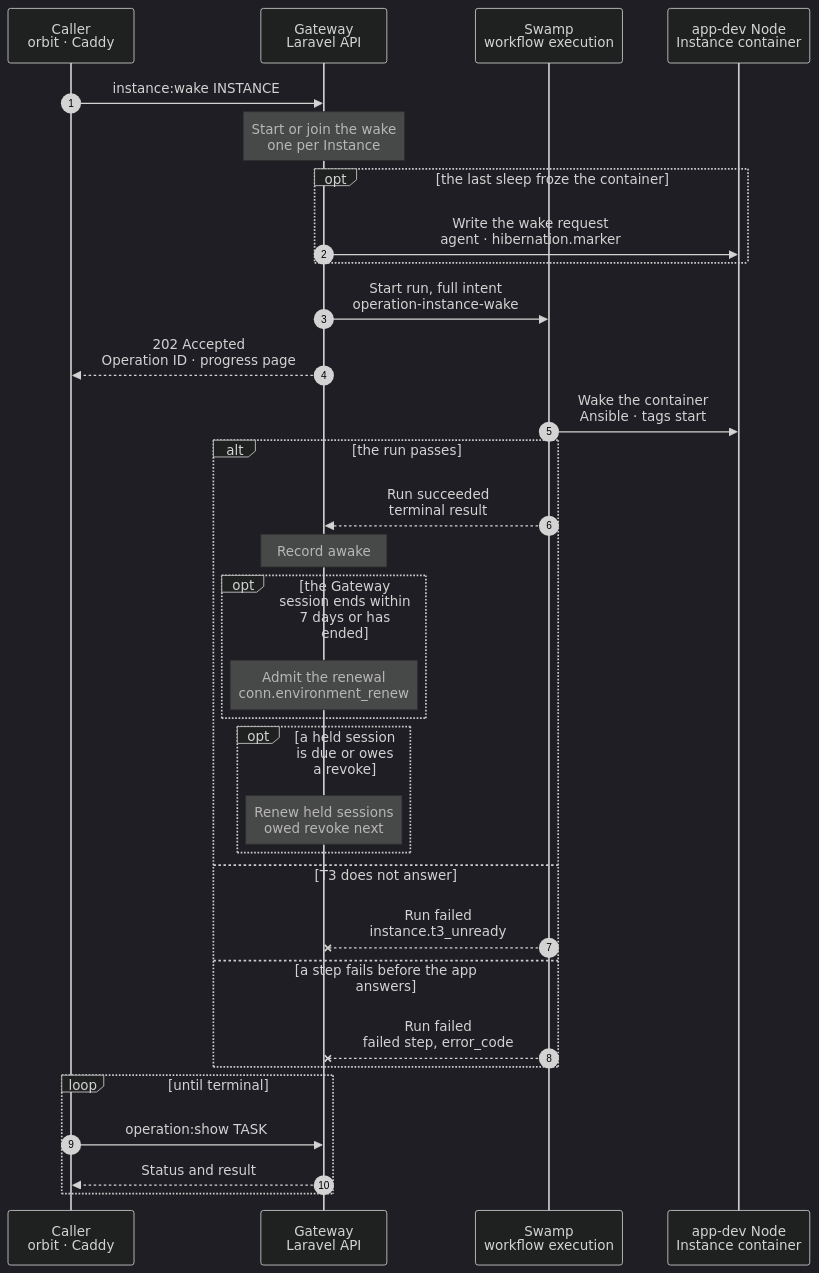
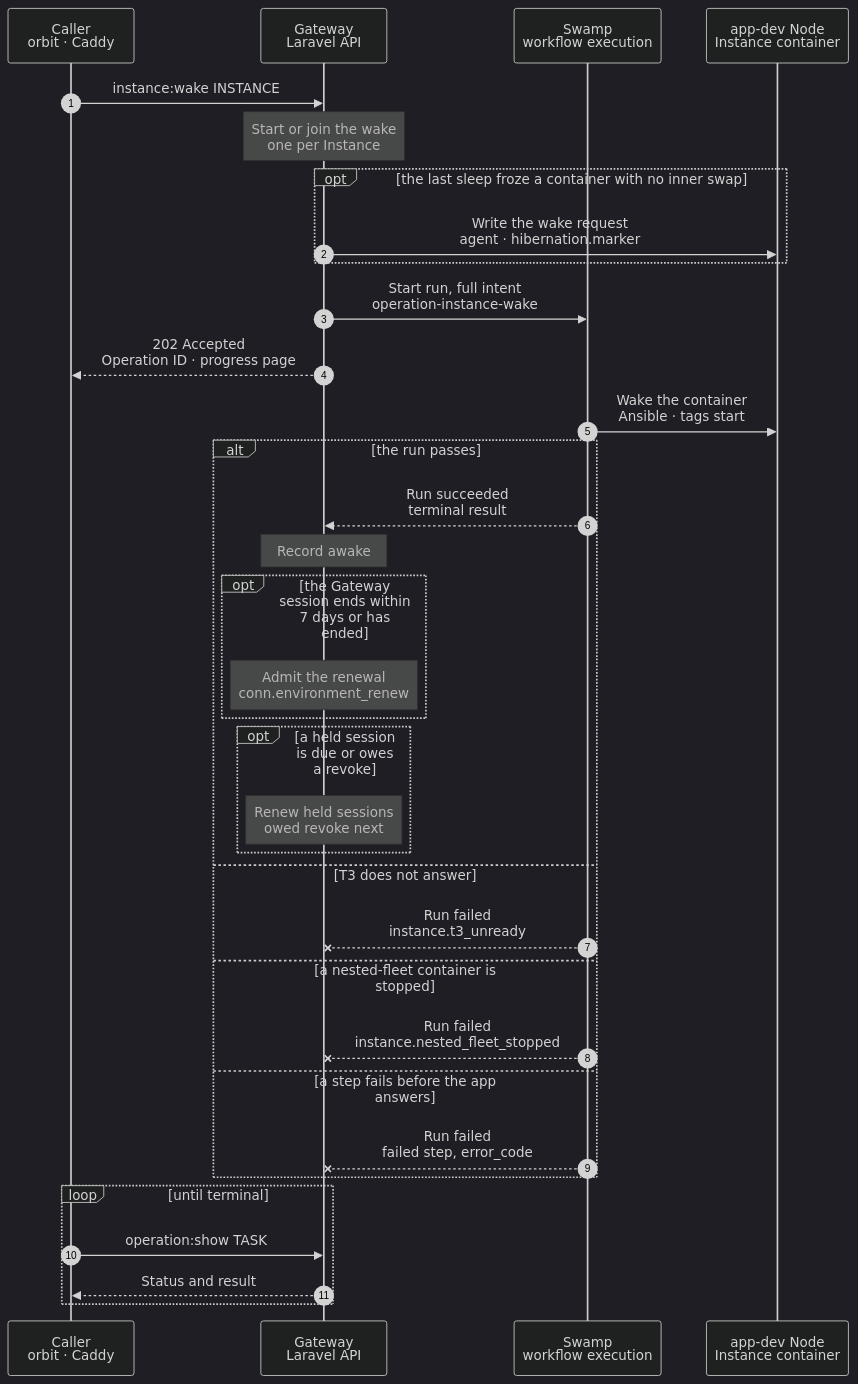
One commit to hardimpactdev/orbit changed the diagram in docs/cli/instance/wake.mmd. Above: the diagram before and after it, drawn with Mermaid (dark theme). The commit also changed 50 other files, not shown here.

First line of the commit message:
feat(instances): defaults and nested-fleet Instances sleep under the idle rule (#3783)

```diff
--- a/docs/cli/instance/wake.mmd
+++ b/docs/cli/instance/wake.mmd
@@ -1,121 +1,133 @@
 sequenceDiagram
-  %% Container runtime (ADR 0250 step 8, docs/reference/development-containers.md#sleep-and-wake): resume a sleeping development container, or start one that was stopped. A request to its Route admits the same kind through the runtime activation endpoint of docs/reference/app-dev-runtime-hibernation.md#wake.
+  %% Container runtime (ADR 0250 step 8, docs/reference/development-containers.md#sleep-and-wake): resume a sleeping development container, or start one that was stopped. Defaults and nested-fleet Instances wake under the same rule as clones (owner decision 2026-11-14); a stopped nested-fleet Instance is never booted here. A request to its Route admits the same kind through the runtime activation endpoint of docs/reference/app-dev-runtime-hibernation.md#wake.
   %% status: draft
   %% command: instance:wake
   %% kind: instance.wake
   autonumber
   %% lane CL icon=terminal pill=caller tone=gray
   %% lane GW icon=gateway pill=intent tone=blue
   %% lane SW icon=workflow pill=executes tone=green
   %% lane N icon=server pill=target tone=amber
   participant CL as Caller<br/>orbit · Caddy
   participant GW as Gateway<br/>Laravel API
   participant SW as Swamp<br/>workflow execution
   participant N as app-dev Node<br/>Instance container
   CL->>GW: instance:wake INSTANCE
   %%> Command:
   %%> - `orbit instance:wake INSTANCE`
   %%> - syntax: `<instance-id> [--json]`
   %%> Callers:
   %%> - the command
   %%> - Caddy on the Instance's Node, when a request finds the asleep marker: `GET runtime-activations/app-instance/ID`
   %%> - planned: a Conn device that opens the T3 server, and the task flow before a turn on an attached Instance
-  %%> - a deployment of a sleeping default starts it in its own run instead
+  %%> - not needed by a copy: a clone or task copy of an asleep default copies its seed snapshot
+  %%> - a deployment of a sleeping Instance resumes or starts it in its own run, and removes the marker there
   %%> Requirements:
   %%> - the caller is the Instance's Node or has node access to it
   Note over GW: Start or join the wake<br/>one per Instance
   %%> When:
-  %%> - an active development container that is not a nested-fleet Instance
-  %%> - a clone of a nested-fleet default takes its start instead: see instance/start.mmd
+  %%> - an active development container, a default and a nested-fleet Instance included
+  %%> - a nested-fleet Instance takes the wake only when its last sleep froze it and no wake since found it stopped; otherwise a nested-fleet clone takes its start (instance/start.mmd) and a nested-fleet default refuses: only its deployment starts it
   %%> Result:
   %%> - an open wake of the Instance is joined: a second caller gets the same Operation, Caddy the same progress page
   %%> - after a failed wake, Caddy gets the failure page with Try again until a retry or the command starts a new wake
   %%> On failure:
-  %%> - no container, a nested-fleet Instance or other lifecycle work starts no run
-  opt the last sleep froze the container
+  %%> - no container, a non-development Instance, a nested-fleet default whose last sleep did not freeze it, or other lifecycle work starts no run
+  opt the last sleep froze a container with no inner swap
     %% path: resume
     GW->>N: Write the wake request<br/>agent · hibernation.marker
     %%> What it does:
     %%> - the Operation is recorded without its run; the Node calls run after its commit
     %%> - the frozen agent's `hibernation.marker` writes `/dev/shm/orbit/hibernation/app-instance-<id>.wake`; only root writes in that folder
-    %%> - the app-dev role's script, started by a systemd path unit, acts only on `instance-<id>` of `orbit-instances` found Frozen with its asleep marker and a request under 1 s old: `incus resume`, `memory.swap.max` 0, one request to FrankenPHP for an answer below 500 (1.5 s at most), then it removes the marker, writes `app-instance-<id>.resumed`, and rebuilds a stale library cache and CA bundle as the run does
+    %%> - the app-dev role's script, started by a systemd path unit, acts only on `instance-<id>` of `orbit-instances` found Frozen with its asleep marker and a request under 1 s old: `incus resume`, `memory.swap.max` 0 on the container's cgroup, one request to FrankenPHP for an answer below 500 (1.5 s at most), then it removes the marker, writes `app-instance-<id>.resumed`, and rebuilds a stale library cache and CA bundle as the run does
     %%> - the Gateway reads the request folder and the marker with `hibernation.times` until the resume shows, within 3 s
+    %%> When:
+    %%> - not for a nested-fleet Instance, and not when the last sleep opened inner cgroups (its result's `swap_subtree` above 0): the script closes only the container's own cgroup, and a change to it needs an `app-dev` converge; these wakes take the run
     %%> Why:
     %%> - measured on a frozen clone: the resume takes 0.02 s and the web probe 0.4 s, but the run's start-up and playbook took 8-13 s of the 9-19 s a visitor waited
     %%> - the agent stays frozen (ADR 0253): two of its existing commands carry the request and the answer
     %%> Result:
     %%> - resumed: the Operation succeeds here with `wake: resumed`, `trigger_seconds` and `confirm_seconds`; `power_state` is `running`; Conn's renewal below runs as after a run
     %%> - Caddy gets 307 to the same path: the browser sends the request again, with its method and body, and gets the app
     %%> - an API caller gets 202 with the ended Operation
     %%> - a caller who joins this wake waits for it up to the bound, then gets the same answer
     %%> On failure:
     %%> - the Node has no script (its first read also asks for it; the Node then skips this path for 10 minutes), the script declined (another state, FrankenPHP silent), an agent call or the Gateway failed, or the bound passed: the Gateway removes the request, and the same Operation starts the run below
     %%> - a Gateway worker that dies here: a delayed start runs the same Operation's run 15 s later
     %%> - a cancel during the resume keeps the Operation cancelled
   end
   GW->>SW: Start run, full intent<br/>operation-instance-wake
   GW-->>CL: 202 Accepted<br/>Operation ID · progress page
   SW->>N: Wake the container<br/>Ansible · tags start
   %%> What it does:
-  %%> - Frozen: `incus resume`, `memory.swap.max` back to 0, FrankenPHP gets 10 tries 1 s apart; nothing boots and nothing converges, `wake: resumed`
-  %%> - Frozen and FrankenPHP silent: `incus stop --force`, then the boot below, `wake: restarted_after_resume`
-  %%> - Stopped (after a host reboot or a sleep that fell back to a stop): the boot below, `wake: started`
+  %%> - Frozen: `incus resume`, `memory.swap.max` back to 0 on the container's cgroup and on each cgroup of the swap record that still exists (a short-lived unit's cgroup may be gone; that never fails the wake), FrankenPHP gets 10 tries 1 s apart; nothing boots and nothing converges, `wake: resumed`
+  %%> - a nested-fleet Instance resumes with its inner fleet, `wg-nested` and the Club key in /run: a freeze keeps them, so the wake starts and checks no fleet
+  %%> - Frozen and FrankenPHP silent: `incus stop --force`, then the boot below, `wake: restarted_after_resume`; a nested-fleet Instance is never stopped: the wake fails `instance.web_unready`
+  %%> - Stopped (after a host reboot or a sleep that fell back to a stop): the boot below, `wake: started`; a nested-fleet Instance is never booted here: see the branch below
   %%> - Running (after a reboot with `boot.autostart`): no start and no resume, `wake: already_running`
   %%> - a Frozen container without the marker is resumed; the result says `marker_found: false`
   %%> - before the boot, the presented machine name: a stopped container gets `/etc/hostname`, `/etc/machine-info` and the `127.0.1.1` line of `/etc/hosts` through the file API before the boot, so the boot gives the kernel and T3 the name; a running or frozen container gets nothing, and nothing restarts
   %%> - boot: `incus start`; nftables, T3, FrankenPHP and the enabled Process units start with the container
   %%> - waits until each desired-running unit is active, then until FrankenPHP answers, else `instance.web_unready`
   %%> - a 5xx answer gets up to 5 s to clear; an app that answers 5xx by itself is then served as it is
   %%> - removes the asleep marker, so Caddy sends the next request to the app
   %%> - then rebuilds the container's library cache with `ldconfig -X` when it lacks a soname of the runtime folder (a converge cannot exec in a frozen container); a failed check fails nothing
   %%> - then runs `update-ca-certificates` when the CA bundle lacks the container's Orbit root (the converge writes the root's file, but a frozen container refuses the exec); a container without the file skips it
-  %%> - then waits up to 30 s for T3's environment endpoint in a clone, else `instance.t3_unready`
+  %%> - then waits up to 30 s for T3's environment endpoint in an Instance with a T3 server, else `instance.t3_unready`; a default has none and ends with the app
   %%> Why:
   %%> - one playbook: a second Ansible start costs about 4 s on the visitor's path
   %%> - the visitor waits for the app, not for T3; T3 gates only the Operation's end
   %%> - unit enablement holds each Process's desired state, so a stopped Process stays stopped
   %%> When:
-  %%> - the marker part runs only in a start whose intent names the marker; a deployment's start has none
+  %%> - the wake's state handling runs only in a start whose intent names `marker`; a deployment's start and a nested-fleet clone's start name `asleep_marker` instead, which only removes the marker once the `start` part passed, with no web probe
   alt the run passes
     %% path: main
     SW-->>GW: Run succeeded<br/>terminal result
     Note over GW: Record awake
     %%> Result:
     %%> - the runtime's `power_state` is `running`; the Conn layer shows the T3 server awake
     %%> - the result names the path, `marker_found`, and a resume's `resume_seconds` and `web_probe_seconds`
     %%> - the progress page loads the original path
     opt the Gateway session ends within 7 days or has ended
       Note over GW: Admit the renewal<br/>conn.environment_renew
       %%> When:
       %%> - after the wake's transaction; it never fails the wake
       %%> What it does:
       %%> - see conn/environment-renew.mmd; the run needs no old session, so a session that ended during the sleep renews too
     end
     opt a held session is due or owes a revoke
       Note over GW: Renew held sessions<br/>owed revoke next
       %%> When:
       %%> - after the wake's transaction, while the Gateway session has not ended; it never fails the wake
       %%> What it does:
       %%> - see conn/session-hold.mmd: one renewal per held session that ends within seven days
       %%> - and the server's next owed held revoke (conn/pairing-revoke.mmd), which waited while the Instance slept
     end
   else T3 does not answer
     %% path: t3-unready
     SW--xGW: Run failed<br/>instance.t3_unready
     %%> Result:
     %%> - the Operation fails; the marker is gone and the Route serves the app
     %%> - the runtime's `power_state` is `running`, because the container runs
     %%> Retry:
     %%> - the same command; a start of a running container changes nothing
+  else a nested-fleet container is stopped
+    %% path: nested-stopped
+    SW--xGW: Run failed<br/>instance.nested_fleet_stopped
+    %%> Why:
+    %%> - a host reboot or a stop ended the freeze; a boot without the Club key and `wg-nested` gives a fleet that cannot pass Doctor
+    %%> Result:
+    %%> - nothing boots; the marker stays and `power_state` stays `stopped`
+    %%> - the sleep no longer counts as frozen: the next wake of a clone takes its start, which removes the marker; a default starts only by its deployment
   else a step fails before the app answers
     %% path: failed
     SW--xGW: Run failed<br/>failed step, error_code
     %%> Result:
     %%> - the asleep marker stays; the Route shows the failure page with Try again
     %%> Retry:
     %%> - Try again or the same command; a start of a running container changes nothing
   end
   loop until terminal
     CL->>GW: operation:show TASK
     GW-->>CL: Status and result
   end
```
